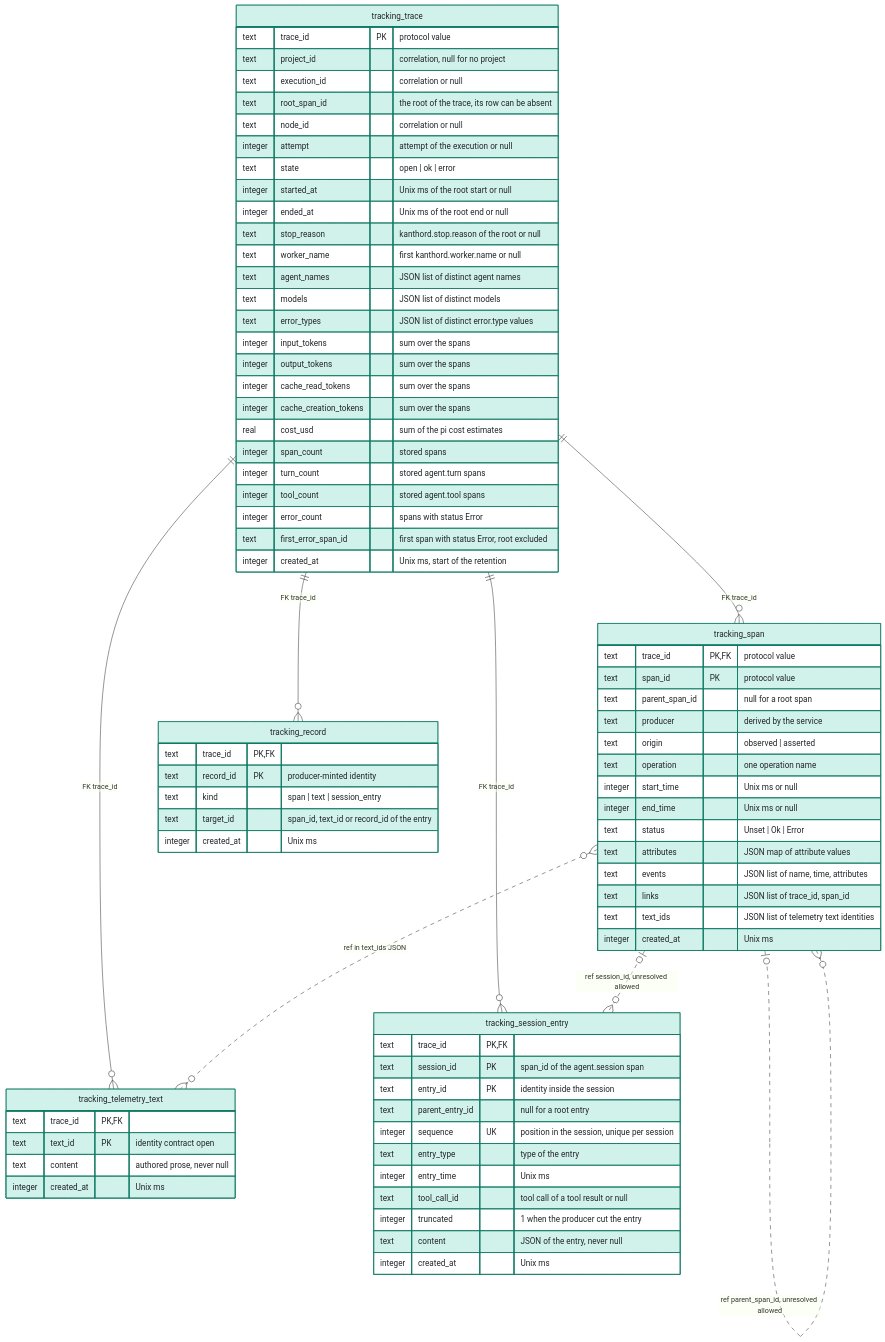
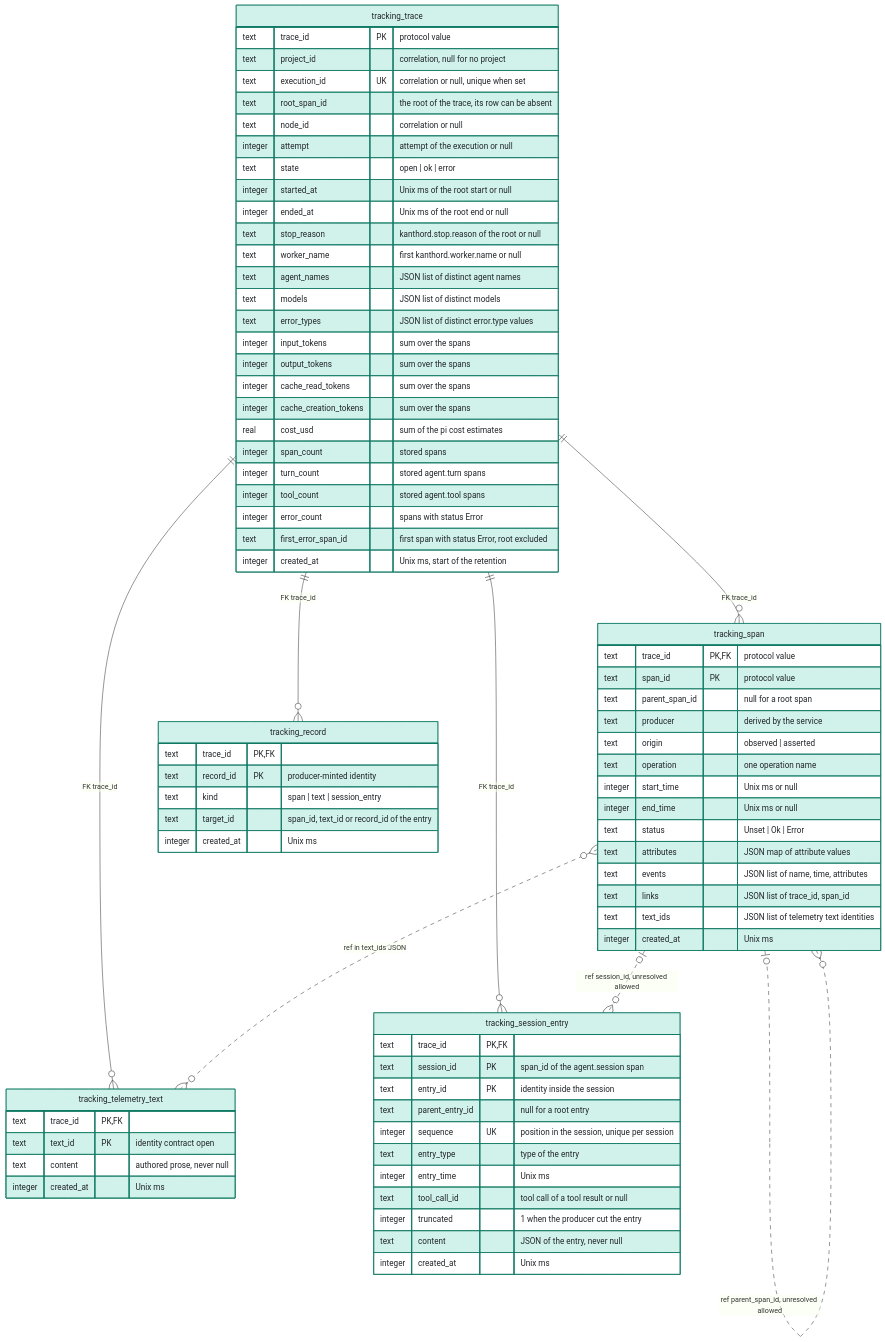
The diagram in docs/reference/erd/04-tracking.md (kanthorlabs/kanthord), drawn with Mermaid before and after one commit. The commit also changed other lines of this file, not shown here.

Commit message:
docs(tracking): match ERD 4 to the built tracking store

```diff
--- a/docs/reference/erd/04-tracking.md
+++ b/docs/reference/erd/04-tracking.md
@@ -32,7 +32,7 @@
     tracking_trace {
         text trace_id PK "protocol value"
         text project_id "correlation, null for no project"
-        text execution_id "correlation or null"
+        text execution_id UK "correlation or null, unique when set"
         text root_span_id "the root of the trace, its row can be absent"
         text node_id "correlation or null"
         integer attempt "attempt of the execution or null"
```
